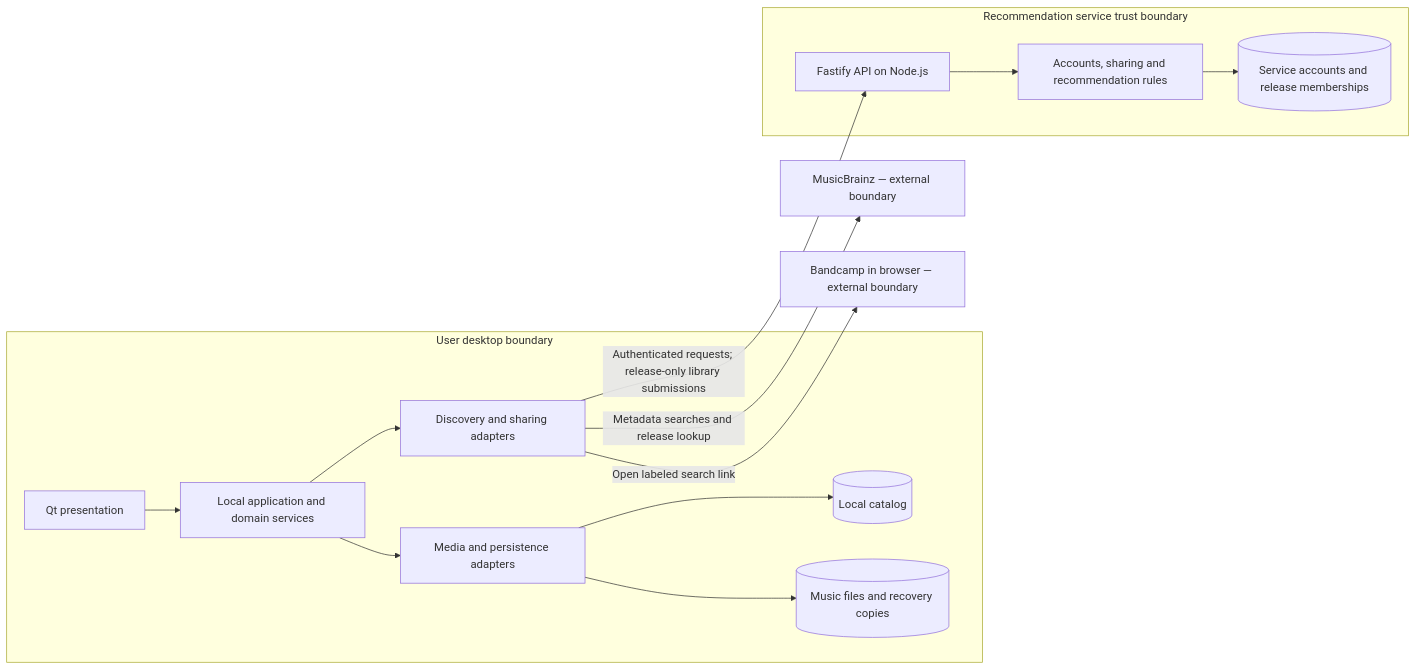
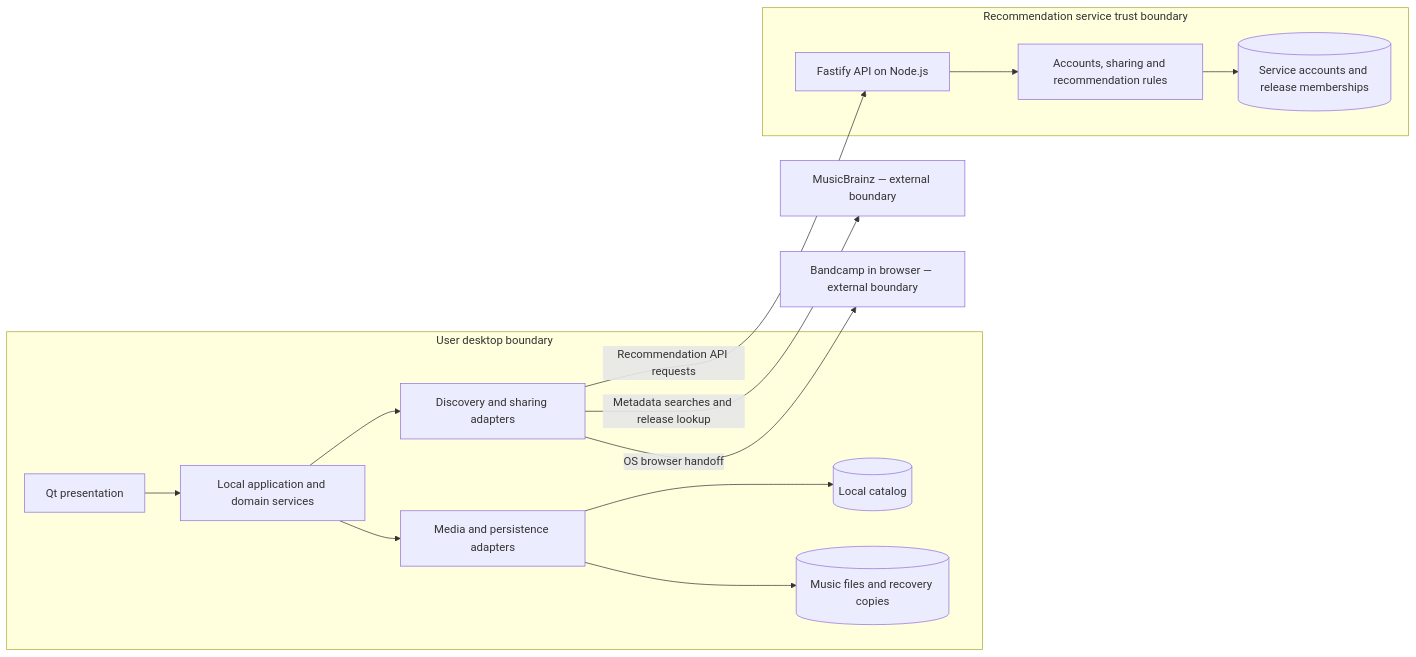
The diagram in ARCHITECTURE.md (jmanico/tag-zeppelin), drawn with Mermaid before and after one commit. The commit also changed other lines of this file and 4 other files, not shown here.

````diff
--- a/ARCHITECTURE.md
+++ b/ARCHITECTURE.md
@@ -80,26 +52,26 @@
 ```mermaid
 flowchart LR
   subgraph Desktop["User desktop boundary"]
     UI["Qt presentation"]
     Local["Local application and domain services"]
     Media["Media and persistence adapters"]
     Net["Discovery and sharing adapters"]
     Catalog[("Local catalog")]
     Files[("Music files and recovery copies")]
     UI --> Local
     Local --> Media
     Media --> Catalog
     Media --> Files
     Local --> Net
   end
   subgraph Remote["Recommendation service trust boundary"]
     API["Fastify API on Node.js"]
     Domain["Accounts, sharing and recommendation rules"]
     Store[("Service accounts and release memberships")]
     API --> Domain
     Domain --> Store
   end
-  Net -->|"Authenticated requests; release-only library submissions"| API
+  Net -->|"Recommendation API requests"| API
   Net -->|"Metadata searches and release lookup"| MB["MusicBrainz — external boundary"]
-  Net -->|"Open labeled search link"| BC["Bandcamp in browser — external boundary"]
+  Net -->|"OS browser handoff"| BC["Bandcamp in browser — external boundary"]
 ```
````
